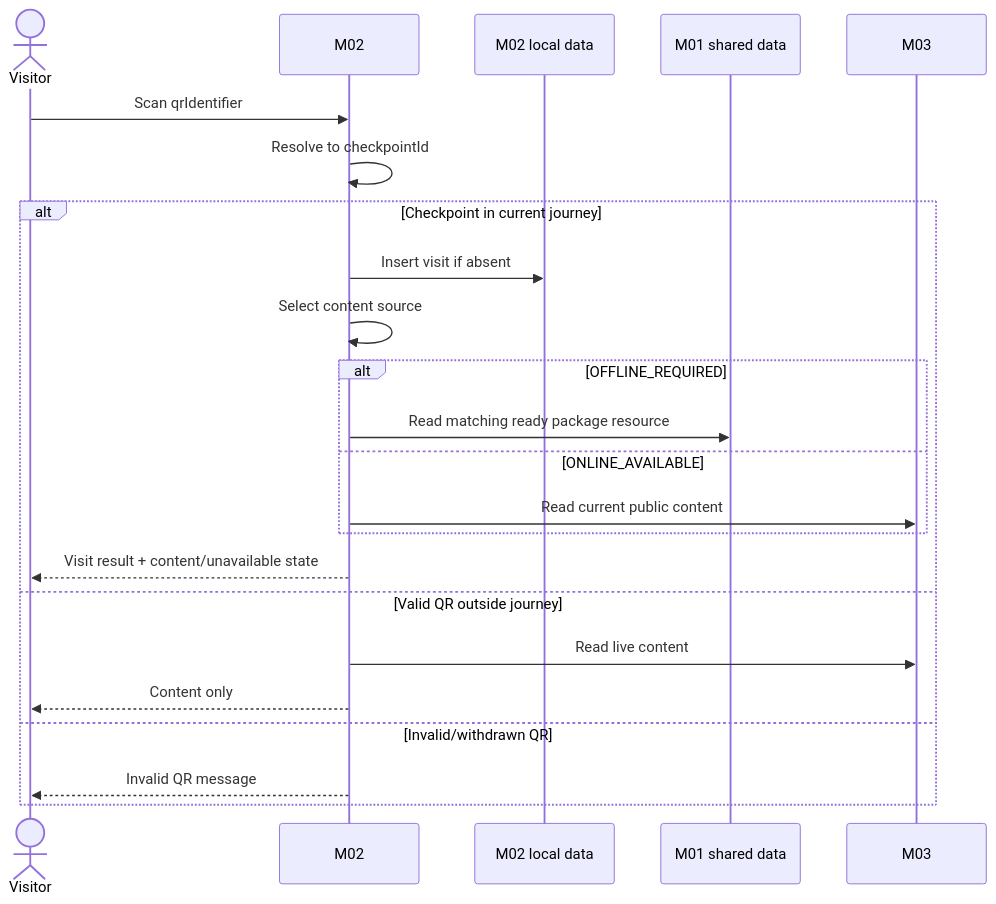
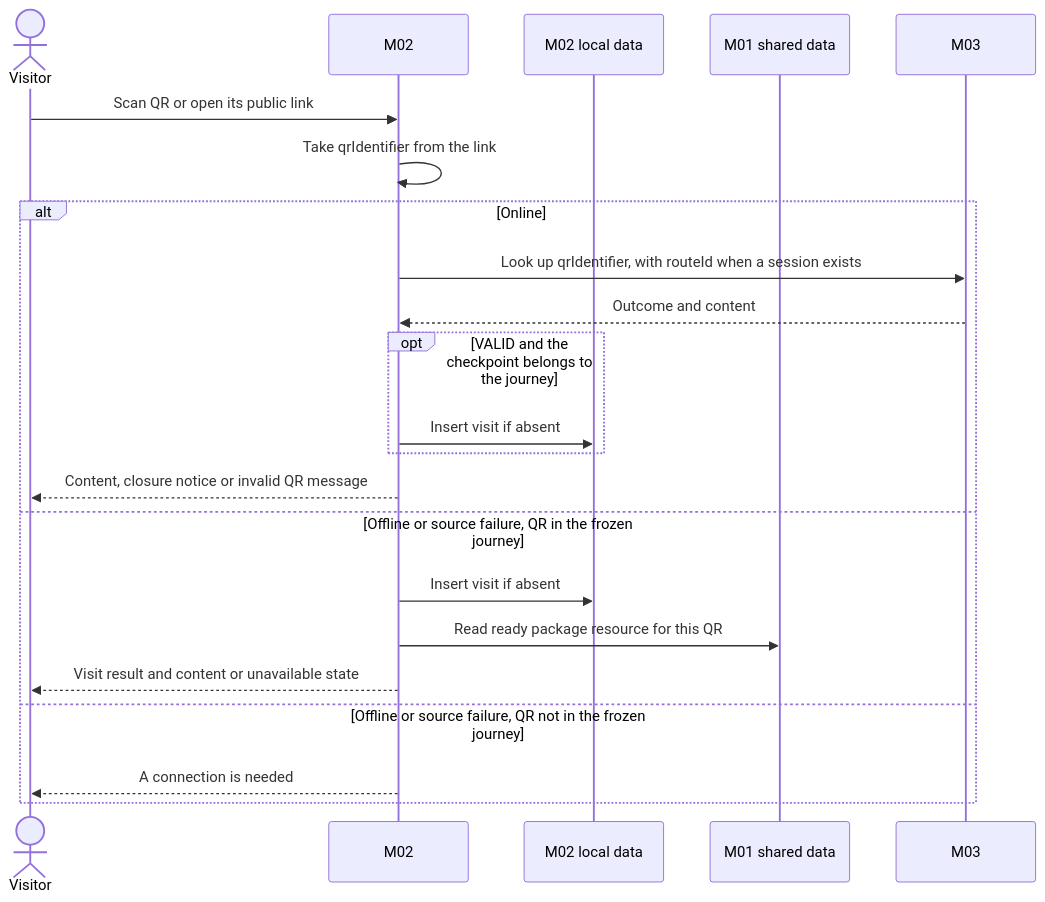
The second of 4 diagrams in docs/architecture/sequence-diagrams.md (MckhueVanPhuc/Refactor-Cuc-Phuong), drawn with Mermaid before and after one commit. The commit also changed other lines of this file and 6 other files, not shown here.

First line of the commit message:
docs: rebaseline architecture documents for V2

````diff
--- a/docs/architecture/sequence-diagrams.md
+++ b/docs/architecture/sequence-diagrams.md
@@ -39,25 +39,24 @@
 ```mermaid
 sequenceDiagram
     actor Visitor
     participant M02
     participant Local as M02 local data
     participant M01Data as M01 shared data
     participant M03
-    Visitor->>M02: Scan qrIdentifier
-    M02->>M02: Resolve to checkpointId
-    alt Checkpoint in current journey
+    Visitor->>M02: Scan QR or open its public link
+    M02->>M02: Take qrIdentifier from the link
+    alt Online
+        M02->>M03: Look up qrIdentifier, with routeId when a session exists
+        M03-->>M02: Outcome and content
+        opt VALID and the checkpoint belongs to the journey
+            M02->>Local: Insert visit if absent
+        end
+        M02-->>Visitor: Content, closure notice or invalid QR message
+    else Offline or source failure, QR in the frozen journey
         M02->>Local: Insert visit if absent
-        M02->>M02: Select content source
-        alt OFFLINE_REQUIRED
-            M02->>M01Data: Read matching ready package resource
-        else ONLINE_AVAILABLE
-            M02->>M03: Read current public content
-        end
-        M02-->>Visitor: Visit result + content/unavailable state
-    else Valid QR outside journey
-        M02->>M03: Read live content
-        M02-->>Visitor: Content only
-    else Invalid/withdrawn QR
-        M02-->>Visitor: Invalid QR message
+        M02->>M01Data: Read ready package resource for this QR
+        M02-->>Visitor: Visit result and content or unavailable state
+    else Offline or source failure, QR not in the frozen journey
+        M02-->>Visitor: A connection is needed
     end
 ```
````
